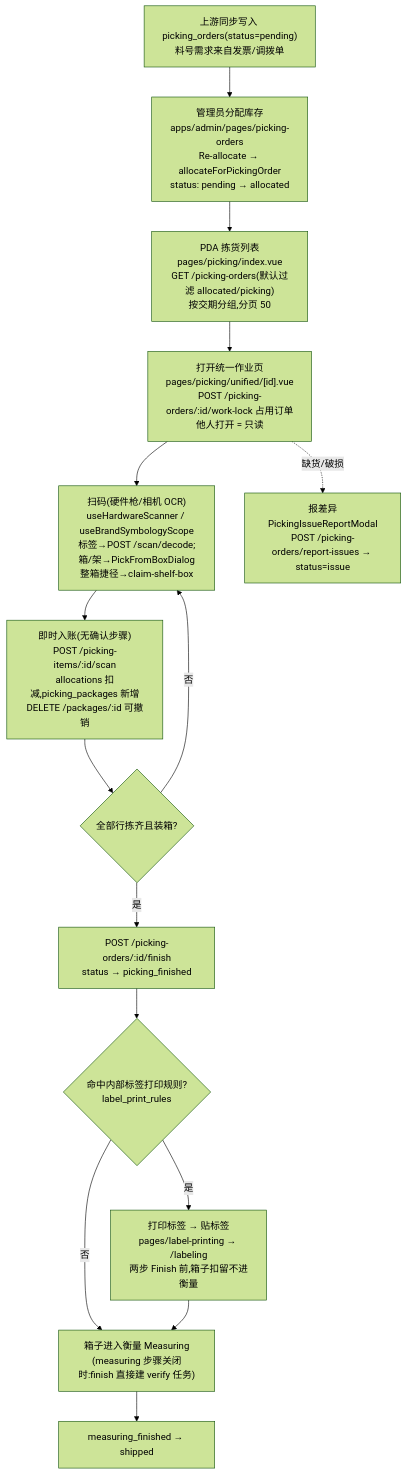
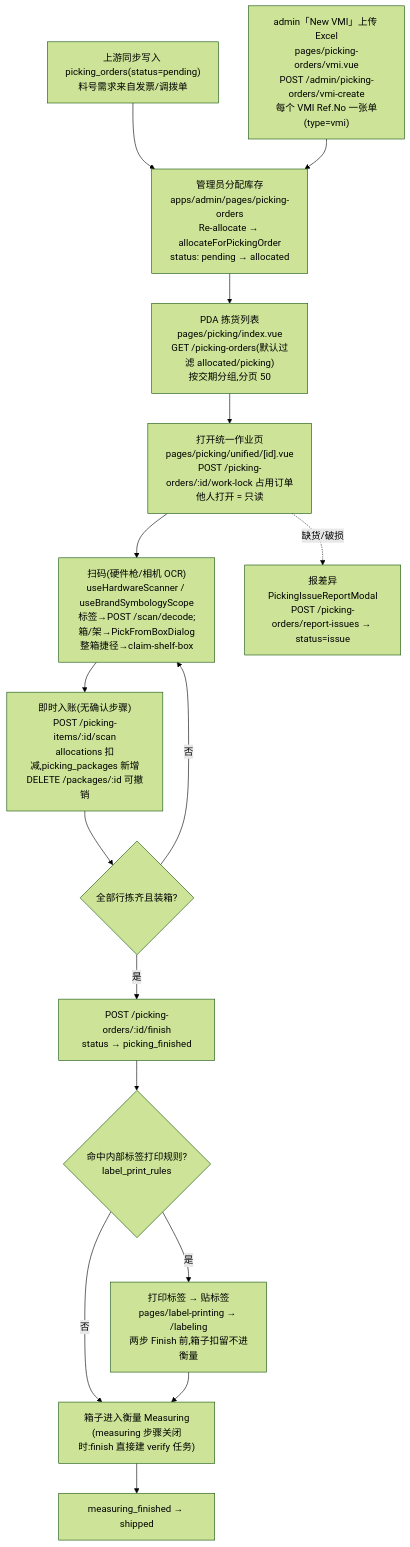
One commit to hktuto/docpal-pda changed the diagram in docs/dev-guide-zh/flows/picking.md. Above: the diagram before and after it, drawn with Mermaid (forest theme). The commit also changed other lines of this file and 4 other files, not shown here.

First line of the commit message:
docs: cover the VMI picking-order upload across the reference docs

````diff
--- a/docs/dev-guide-zh/flows/picking.md
+++ b/docs/dev-guide-zh/flows/picking.md
@@ -14,17 +14,18 @@
 ```mermaid
 flowchart TD
   A["上游同步写入 picking_orders(status=pending)<br/>料号需求来自发票/调拨单"] --> B["管理员分配库存<br/>apps/admin/pages/picking-orders<br/>Re-allocate → allocateForPickingOrder<br/>status: pending → allocated"]
+  A2["admin「New VMI」上传 Excel<br/>pages/picking-orders/vmi.vue<br/>POST /admin/picking-orders/vmi-create<br/>每个 VMI Ref.No 一张单(type=vmi)"] --> B
   B --> C["PDA 拣货列表<br/>pages/picking/index.vue<br/>GET /picking-orders(默认过滤 allocated/picking)<br/>按交期分组,分页 50"]
   C --> D["打开统一作业页<br/>pages/picking/unified/[id].vue<br/>POST /picking-orders/:id/work-lock 占用订单<br/>他人打开 = 只读"]
   D --> E["扫码(硬件枪/相机 OCR)<br/>useHardwareScanner / useBrandSymbologyScope<br/>标签→POST /scan/decode;箱/架→PickFromBoxDialog<br/>整箱捷径→claim-shelf-box"]
   E --> F["即时入账(无确认步骤)<br/>POST /picking-items/:id/scan<br/>allocations 扣减,picking_packages 新增<br/>DELETE /packages/:id 可撤销"]
   F --> G{"全部行拣齐且装箱?"}
   G -->|否| E
   G -->|是| H["POST /picking-orders/:id/finish<br/>status → picking_finished"]
   H --> I{"命中内部标签打印规则?<br/>label_print_rules"}
   I -->|是| J["打印标签 → 贴标签<br/>pages/label-printing → /labeling<br/>两步 Finish 前,箱子扣留不进衡量"]
   I -->|否| K["箱子进入衡量 Measuring<br/>(measuring 步骤关闭时:finish 直接建 verify 任务)"]
   J --> K
   D -.->|"缺货/破损"| L["报差异<br/>PickingIssueReportModal<br/>POST /picking-orders/report-issues → status=issue"]
   K --> M["measuring_finished → shipped"]
 ```
````
